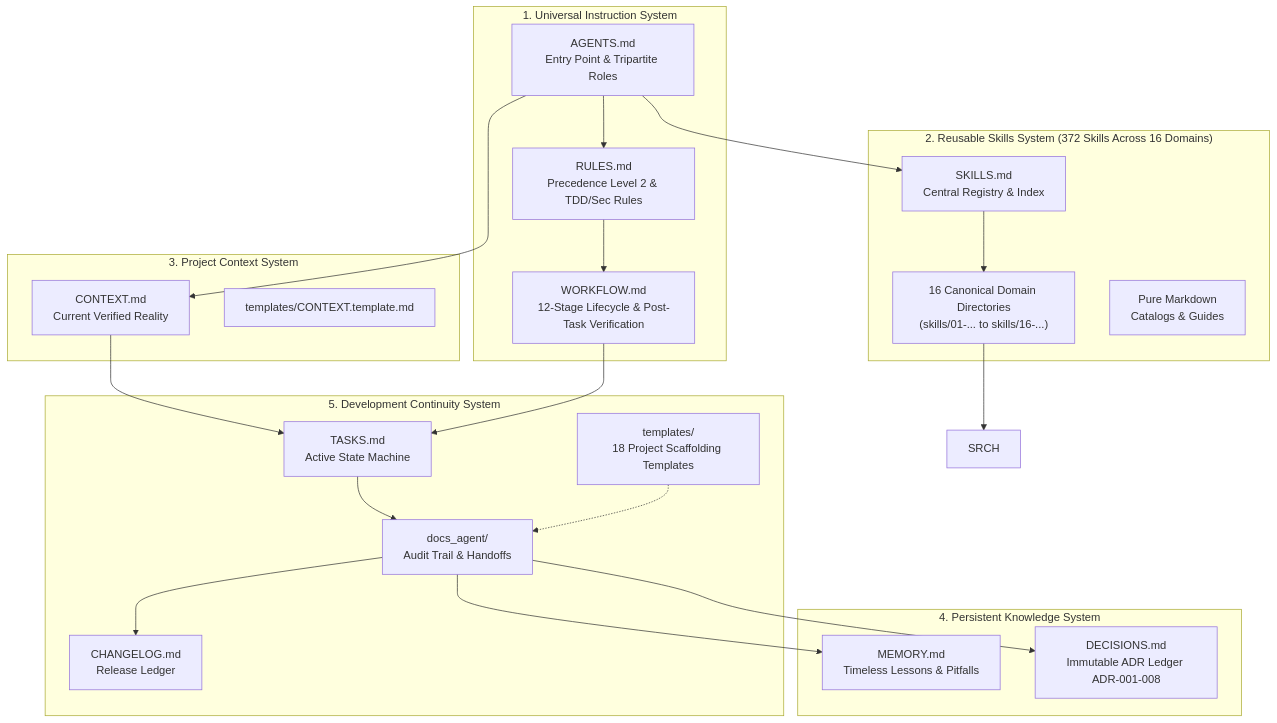
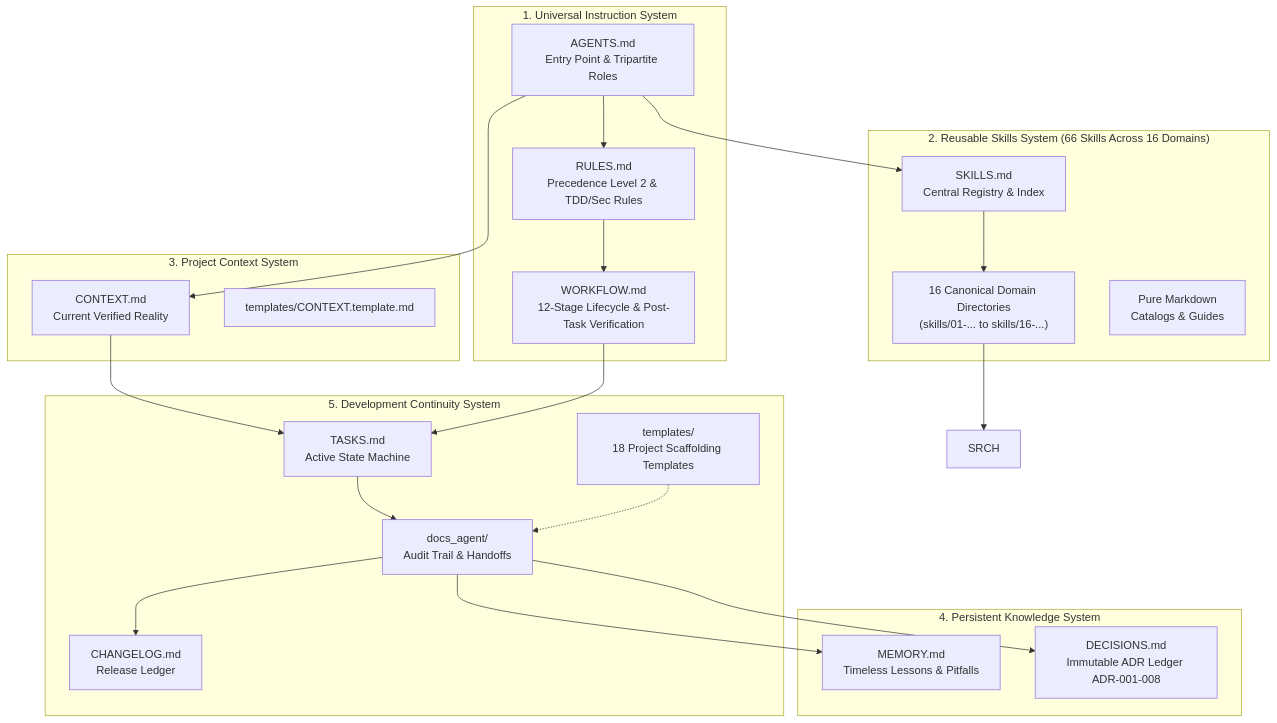
One commit to Script-By-Lin/Universal-Markdown-Skills-Framework changed the diagram in README.md. Above: the diagram before and after it, drawn with Mermaid. The commit also changed other lines of this file and 1077 other files, not shown here.

````diff
--- a/README.md
+++ b/README.md
@@ -41,45 +41,45 @@
 ```mermaid
 flowchart TD
     subgraph S1["1. Universal Instruction System"]
         AG[AGENTS.md\nEntry Point & Tripartite Roles]
         RL[RULES.md\nPrecedence Level 2 & TDD/Sec Rules]
         WF[WORKFLOW.md\n12-Stage Lifecycle & Post-Task Verification]
     end
 
-    subgraph S2["2. Reusable Skills System (372 Skills Across 16 Domains)"]
+    subgraph S2["2. Reusable Skills System (66 Skills Across 16 Domains)"]
         SKR[SKILLS.md\nCentral Registry & Index]
         DOMS["16 Canonical Domain Directories\n(skills/01-... to skills/16-...)"]
         REF[Pure Markdown\nCatalogs & Guides]
     end
 
     subgraph S3["3. Project Context System"]
         CX[CONTEXT.md\nCurrent Verified Reality]
         CXT[templates/CONTEXT.template.md]
     end
 
     subgraph S4["4. Persistent Knowledge System"]
         MEM[MEMORY.md\nTimeless Lessons & Pitfalls]
         DEC[DECISIONS.md\nImmutable ADR Ledger ADR-001-008]
     end
 
     subgraph S5["5. Development Continuity System"]
         TSK[TASKS.md\nActive State Machine]
         CHG[CHANGELOG.md\nRelease Ledger]
         DOC[docs_agent/\nAudit Trail & Handoffs]
         TPL[templates/\n18 Project Scaffolding Templates]
     end
 
     AG --> RL
     AG --> CX
     AG --> SKR
     SKR --> DOMS
     DOMS --> SRCH
     RL --> WF
     CX --> TSK
     WF --> TSK
     TSK --> DOC
     DOC --> MEM
     DOC --> DEC
     DOC --> CHG
     TPL -.-> DOC
 ```
````
